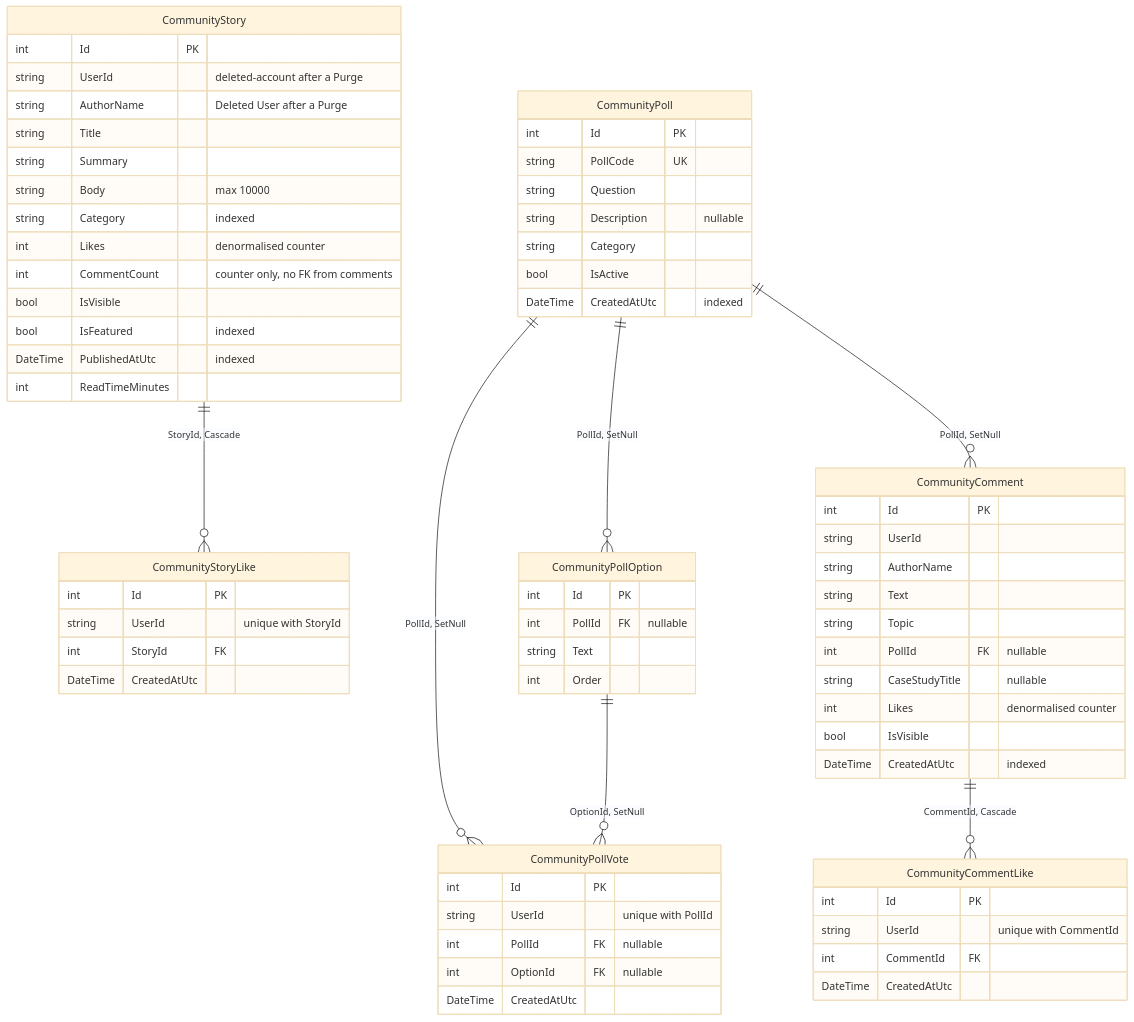
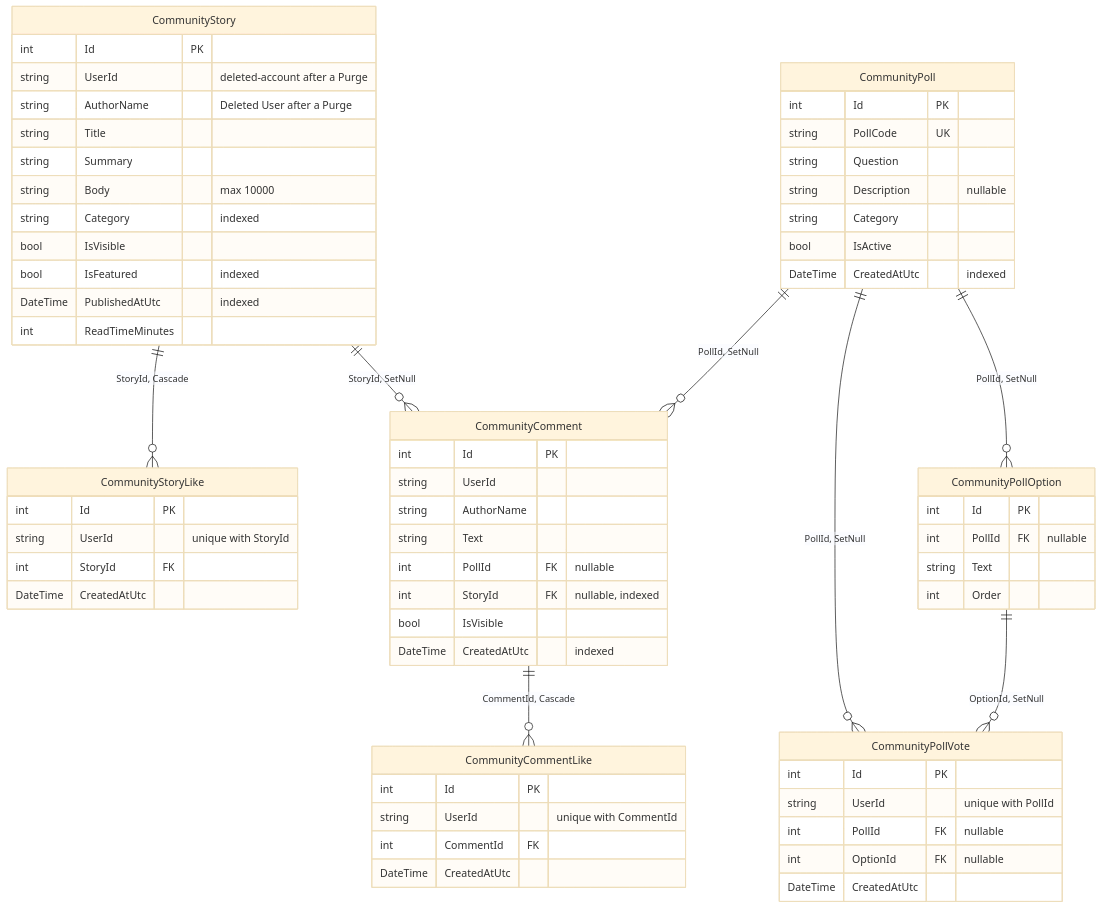
One commit to tngo0508/PersonalFinance changed the fifth of 26 diagrams in docs/DIAGRAMS.md. Above: the diagram before and after it, drawn with Mermaid (base theme). The commit also changed other lines of this file and 27 other files, not shown here.

````diff
--- a/docs/DIAGRAMS.md
+++ b/docs/DIAGRAMS.md
@@ -404,71 +404,68 @@
 ```mermaid
 erDiagram
     CommunityStory {
         int Id PK
         string UserId "deleted-account after a Purge"
         string AuthorName "Deleted User after a Purge"
         string Title
         string Summary
         string Body "max 10000"
         string Category "indexed"
-        int Likes "denormalised counter"
-        int CommentCount "counter only, no FK from comments"
         bool IsVisible
         bool IsFeatured "indexed"
         DateTime PublishedAtUtc "indexed"
         int ReadTimeMinutes
     }
     CommunityStoryLike {
         int Id PK
         string UserId "unique with StoryId"
         int StoryId FK
         DateTime CreatedAtUtc
     }
     CommunityComment {
         int Id PK
         string UserId
         string AuthorName
         string Text
-        string Topic
         int PollId FK "nullable"
-        string CaseStudyTitle "nullable"
-        int Likes "denormalised counter"
+        int StoryId FK "nullable, indexed"
         bool IsVisible
         DateTime CreatedAtUtc "indexed"
     }
     CommunityCommentLike {
         int Id PK
         string UserId "unique with CommentId"
         int CommentId FK
         DateTime CreatedAtUtc
     }
     CommunityPoll {
         int Id PK
         string PollCode UK
         string Question
         string Description "nullable"
         string Category
         bool IsActive
         DateTime CreatedAtUtc "indexed"
     }
     CommunityPollOption {
         int Id PK
         int PollId FK "nullable"
         string Text
         int Order
     }
     CommunityPollVote {
         int Id PK
         string UserId "unique with PollId"
         int PollId FK "nullable"
         int OptionId FK "nullable"
         DateTime CreatedAtUtc
     }
 
     CommunityStory ||--o{ CommunityStoryLike : "StoryId, Cascade"
+    CommunityStory ||--o{ CommunityComment : "StoryId, SetNull"
     CommunityComment ||--o{ CommunityCommentLike : "CommentId, Cascade"
     CommunityPoll ||--o{ CommunityPollOption : "PollId, SetNull"
     CommunityPoll ||--o{ CommunityPollVote : "PollId, SetNull"
     CommunityPoll ||--o{ CommunityComment : "PollId, SetNull"
     CommunityPollOption ||--o{ CommunityPollVote : "OptionId, SetNull"
 ```
````
